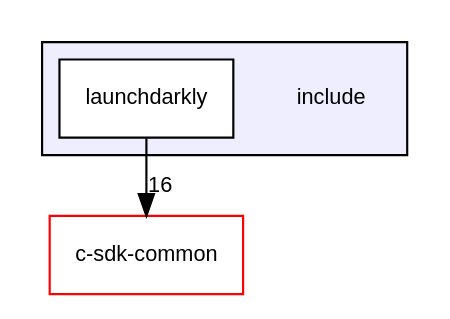
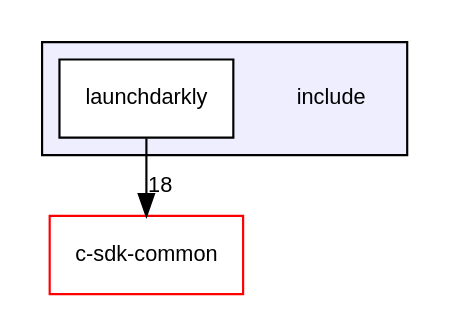
The diagram in dir_d44c64559bbebec7f509842c48db8b23_dep.dot (launchdarkly/c-server-sdk), drawn with Graphviz before and after one commit. The commit also changed 55 other files, not shown here.

```diff
--- a/dir_d44c64559bbebec7f509842c48db8b23_dep.dot
+++ b/dir_d44c64559bbebec7f509842c48db8b23_dep.dot
@@ -1,12 +1,12 @@
 digraph "include" {
   compound=true
   node [ fontsize="10", fontname="Helvetica"];
   edge [ labelfontsize="10", labelfontname="Helvetica"];
   subgraph clusterdir_d44c64559bbebec7f509842c48db8b23 {
     graph [ bgcolor="#eeeeff", pencolor="black", label="" URL="dir_d44c64559bbebec7f509842c48db8b23.html"];
     dir_d44c64559bbebec7f509842c48db8b23 [shape=plaintext label="include"];
     dir_efe5b79025e5a9a1c6aba444011d94a7 [shape=box label="launchdarkly" color="black" fillcolor="white" style="filled" URL="dir_efe5b79025e5a9a1c6aba444011d94a7.html"];
   }
   dir_2baa2abe2a8541e88a77fd54574fc547 [shape=box label="c-sdk-common" fillcolor="white" style="filled" color="red" URL="dir_2baa2abe2a8541e88a77fd54574fc547.html"];
-  dir_efe5b79025e5a9a1c6aba444011d94a7->dir_2baa2abe2a8541e88a77fd54574fc547 [headlabel="16", labeldistance=1.5 headhref="dir_000004_000000.html"];
+  dir_efe5b79025e5a9a1c6aba444011d94a7->dir_2baa2abe2a8541e88a77fd54574fc547 [headlabel="18", labeldistance=1.5 headhref="dir_000004_000000.html"];
 }
```
